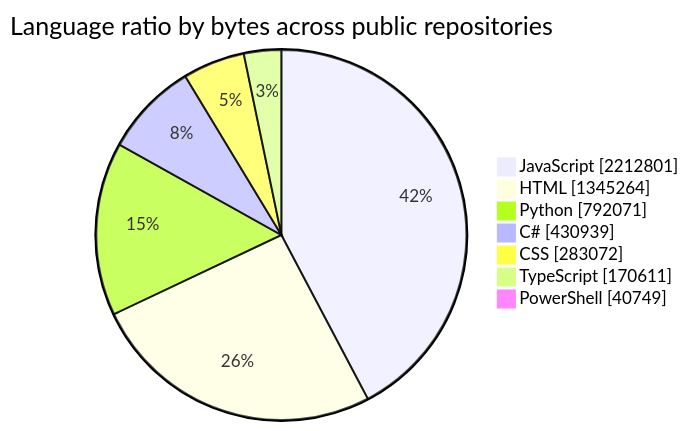
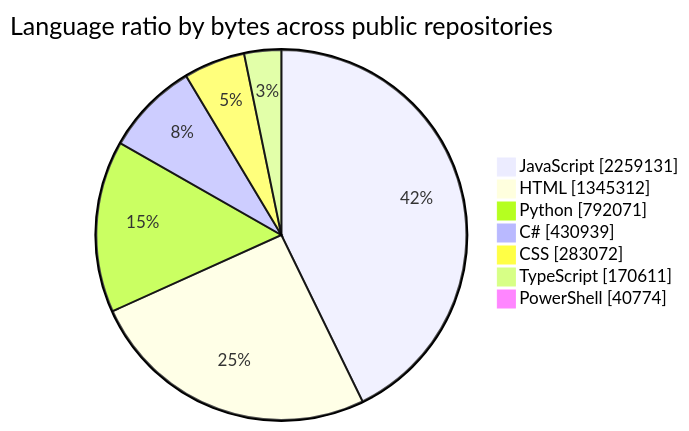
The first of 2 diagrams in README.md (tchinso/tchinso), drawn with Mermaid before and after one commit. The commit also changed other lines of this file, not shown here.

````diff
--- a/README.md
+++ b/README.md
@@ -24,11 +24,11 @@
 ```mermaid
 pie showData
     title Language ratio by bytes across public repositories
-    "JavaScript" : 2212801
-    "HTML" : 1345264
+    "JavaScript" : 2259131
+    "HTML" : 1345312
     "Python" : 792071
     "C#" : 430939
     "CSS" : 283072
     "TypeScript" : 170611
-    "PowerShell" : 40749
+    "PowerShell" : 40774
 ```
````
